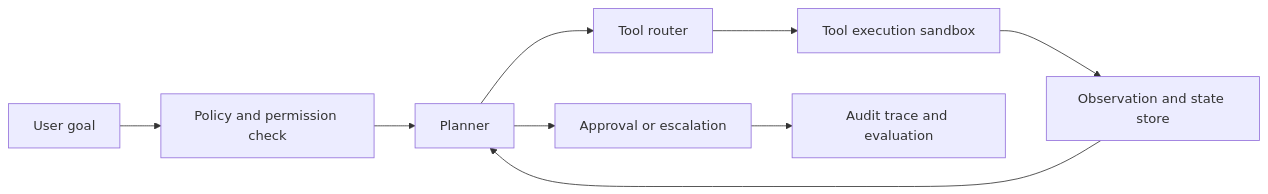
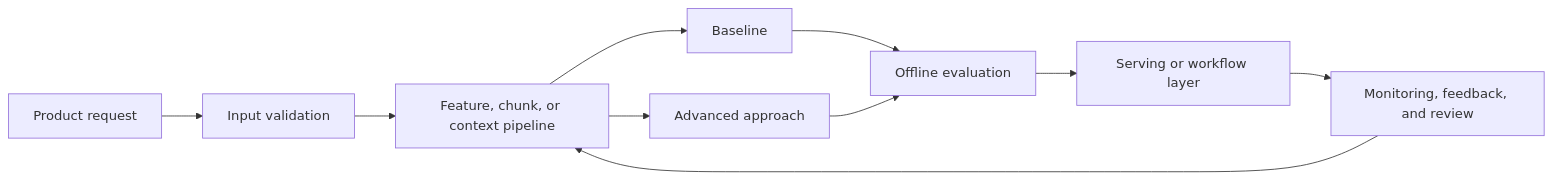
The diagram in case-studies/20-ai-agent-for-workflows.md (Icon1cc/Machine-Learning), drawn with Mermaid before and after one commit. The commit also changed other lines of this file and 231 other files, not shown here.

````diff
--- a/case-studies/20-ai-agent-for-workflows.md
+++ b/case-studies/20-ai-agent-for-workflows.md
@@ -54,11 +48,12 @@
 ```mermaid
 flowchart LR
-    A[User goal] --> B[Policy and permission check]
-    B --> C[Planner]
-    C --> D[Tool router]
-    D --> E[Tool execution sandbox]
-    E --> F[Observation and state store]
-    F --> C
-    C --> G[Approval or escalation]
-    G --> H[Audit trace and evaluation]
+    A[Product request] --> B[Input validation]
+    B --> C[Feature, chunk, or context pipeline]
+    C --> D[Baseline]
+    C --> E[Advanced approach]
+    D --> F[Offline evaluation]
+    E --> F
+    F --> G[Serving or workflow layer]
+    G --> H[Monitoring, feedback, and review]
+    H --> C
 ```
````
